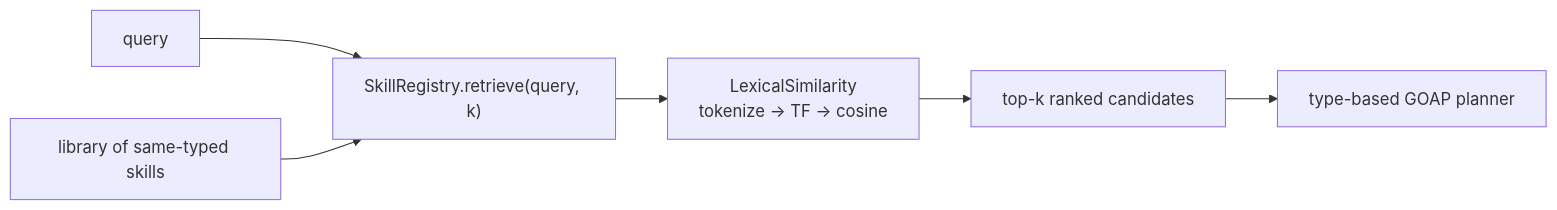
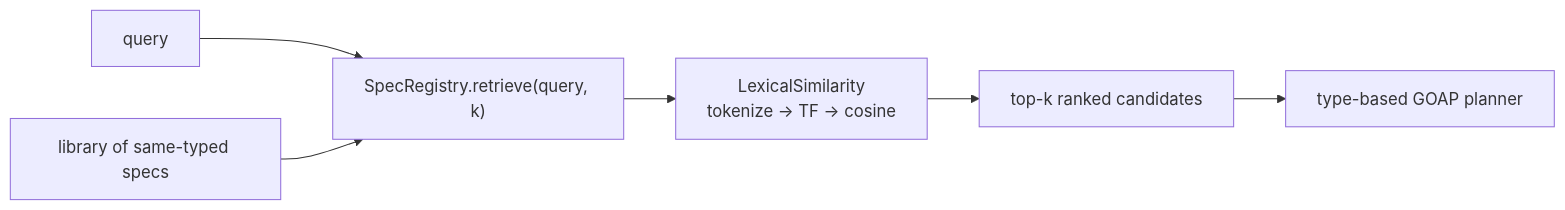
The diagram in poc/poc-8-retrieval/README.md (iromu/embabel-smith), drawn with Mermaid before and after one commit. The commit also changed other lines of this file and 650 other files, not shown here.

First line of the commit message:
Rename the skill-pack vocabulary to agent spec to match what the unit actually is

````diff
--- a/poc/poc-8-retrieval/README.md
+++ b/poc/poc-8-retrieval/README.md
@@ -17,8 +17,8 @@
 ```mermaid
 flowchart LR
-    Q["query"] --> REG["SkillRegistry.retrieve(query, k)"]
-    LIB["library of same-typed skills"] --> REG
+    Q["query"] --> REG["SpecRegistry.retrieve(query, k)"]
+    LIB["library of same-typed specs"] --> REG
     REG --> SIM["LexicalSimilarity<br/>tokenize → TF → cosine"]
     SIM --> TOP["top-k ranked candidates"]
     TOP --> GOAP["type-based GOAP planner"]
 ```
````
